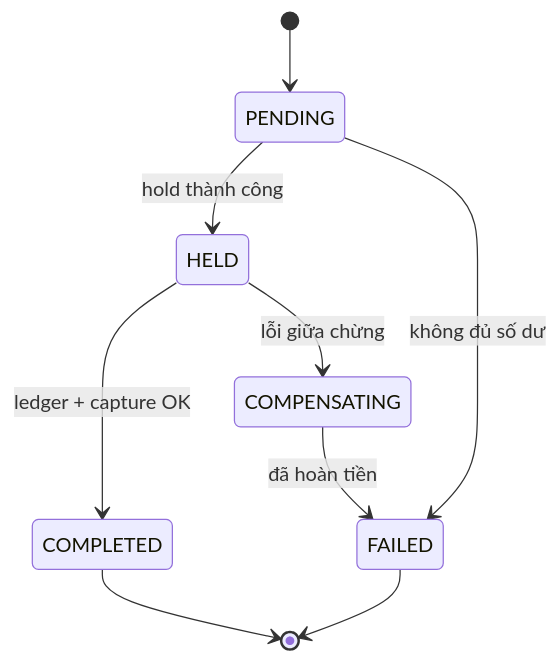
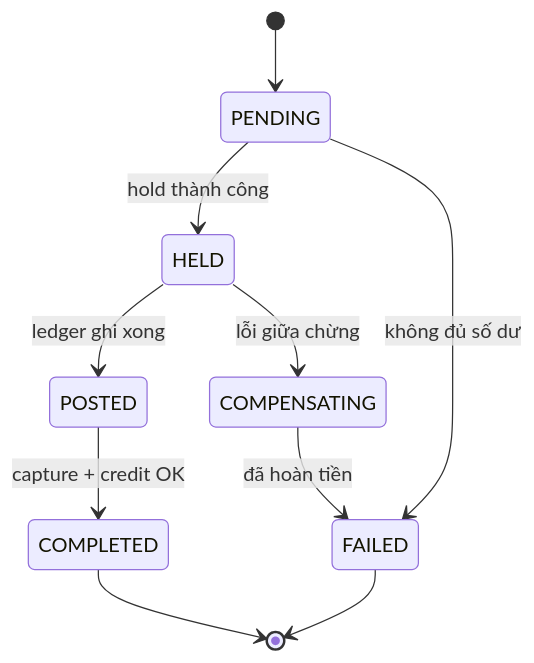
One commit to Trung1234/java-ewallet-microservices changed the third of 7 diagrams in README.md. Above: the diagram before and after it, drawn with Mermaid. The commit also changed other lines of this file and 1 other file, not shown here.

````diff
--- a/README.md
+++ b/README.md
@@ -97,11 +148,12 @@
 ```mermaid
 stateDiagram-v2
     [*] --> PENDING
     PENDING --> HELD: hold thành công
     PENDING --> FAILED: không đủ số dư
-    HELD --> COMPLETED: ledger + capture OK
+    HELD --> POSTED: ledger ghi xong
+    POSTED --> COMPLETED: capture + credit OK
     HELD --> COMPENSATING: lỗi giữa chừng
     COMPENSATING --> FAILED: đã hoàn tiền
     COMPLETED --> [*]
     FAILED --> [*]
 ```
````
